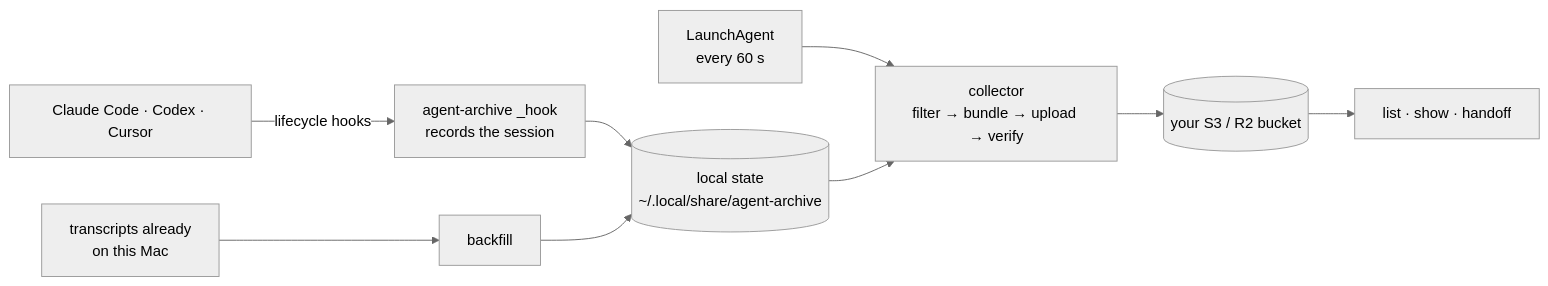
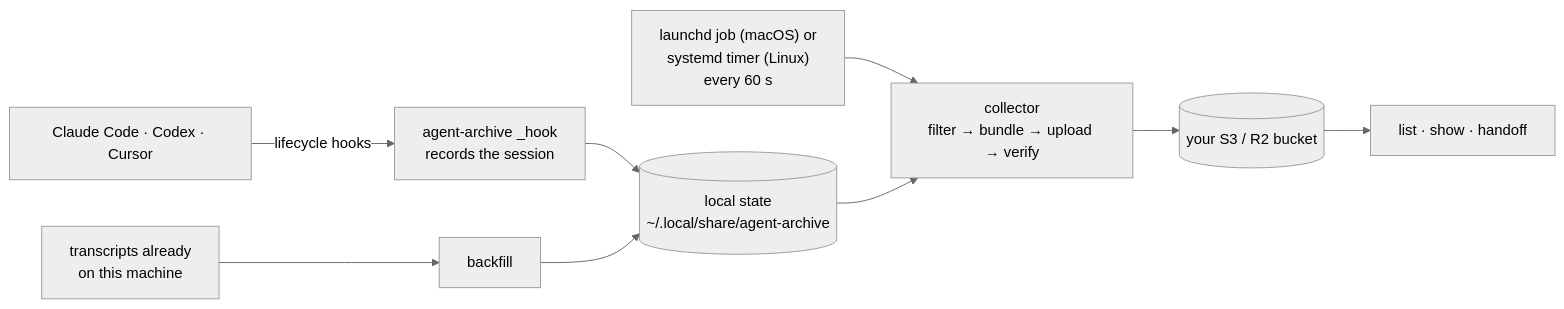
One commit to wangjohn/agent-archive changed the diagram in README.md. Above: the diagram before and after it, drawn with Mermaid (neutral theme). The commit also changed other lines of this file and 33 other files, not shown here.

````diff
--- a/README.md
+++ b/README.md
@@ -41,10 +43,10 @@
 ```mermaid
 flowchart LR
   A["Claude Code · Codex · Cursor"] -- "lifecycle hooks" --> H["agent-archive _hook<br/>records the session"]
   H --> S[("local state<br/>~/.local/share/agent-archive")]
-  L["LaunchAgent<br/>every 60 s"] --> C["collector<br/>filter → bundle → upload → verify"]
+  L["launchd job (macOS) or<br/>systemd timer (Linux)<br/>every 60 s"] --> C["collector<br/>filter → bundle → upload → verify"]
   S --> C
   C --> B[("your S3 / R2 bucket")]
   B --> R["list · show · handoff"]
-  T["transcripts already<br/>on this Mac"] --> BF["backfill"] --> S
+  T["transcripts already<br/>on this machine"] --> BF["backfill"] --> S
 ```
````
